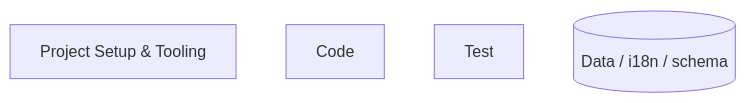
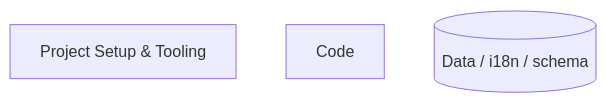
The diagram in document/reconstruction/architecture/diagram.md (qkun-zh/nail), drawn with Mermaid before and after one commit. The commit also changed 98 other files, not shown here.

Commit message:
feat: complete reconstruct enrichment — 2 feature PRDs, INTERFACES (31 routes), DATA-MODEL (37 entities/24 enums), ARCHITECTURE, overview; --check PASS

````diff
--- a/document/reconstruction/architecture/diagram.md
+++ b/document/reconstruction/architecture/diagram.md
@@ -3,8 +3,7 @@
 ```mermaid
 graph TD
   F0["Project Setup & Tooling"]
   F1["Code"]
-  F2["Test"]
   DATA[("Data / i18n / schema")]
 
 ```
````
